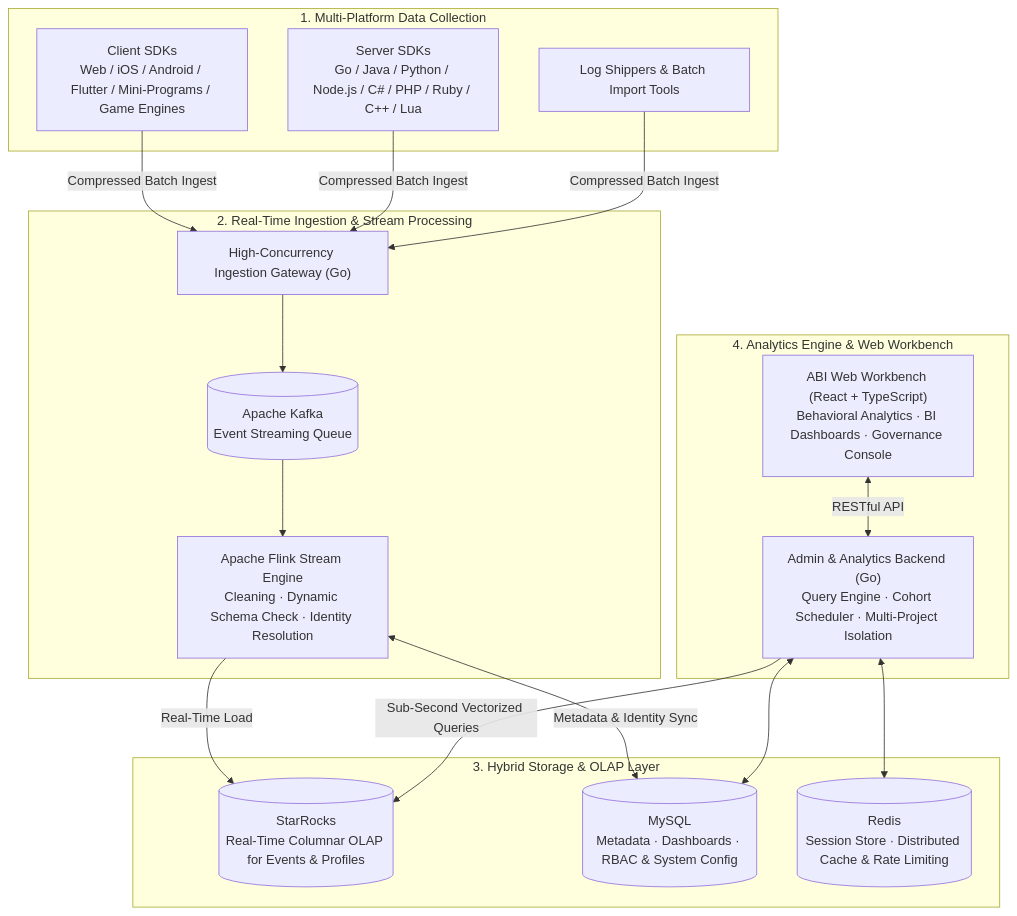
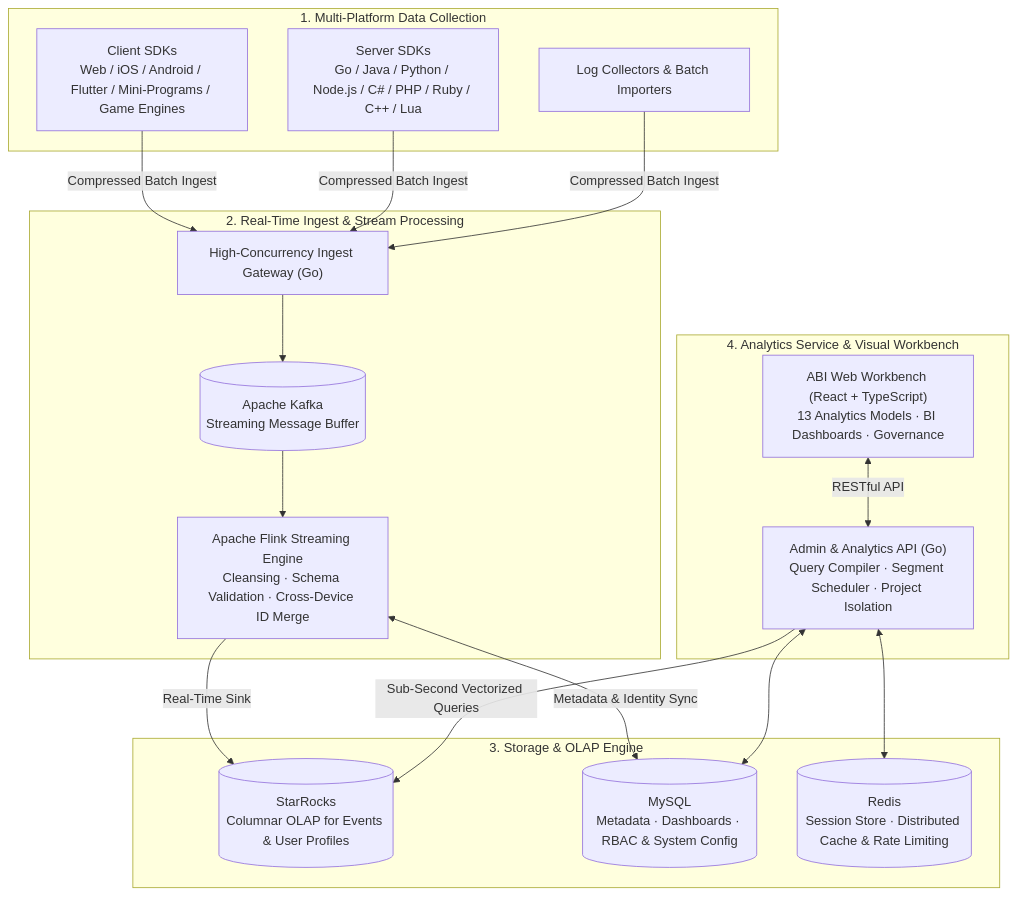
Before and after one commit to letmetodo/Analytics-Instrumentation-Event-Tracking: the diagram in README.en.md, drawn with Mermaid. The commit also changed other lines of this file and 39 other files, not shown here.

````diff
--- a/README.en.md
+++ b/README.en.md
@@ -172,45 +233,45 @@
 ```mermaid
 flowchart TB
     subgraph Collect["1. Multi-Platform Data Collection"]
         Client["Client SDKs
 Web / iOS / Android / Flutter / Mini-Programs / Game Engines"]
         Server["Server SDKs
 Go / Java / Python / Node.js / C# / PHP / Ruby / C++ / Lua"]
-        Import["Log Shippers & Batch Import Tools"]
+        Import["Log Collectors & Batch Importers"]
     end
 
-    subgraph Pipeline["2. Real-Time Ingestion & Stream Processing"]
-        Gateway["High-Concurrency Ingestion Gateway (Go)"]
+    subgraph Pipeline["2. Real-Time Ingest & Stream Processing"]
+        Gateway["High-Concurrency Ingest Gateway (Go)"]
         MQ[("Apache Kafka
-Event Streaming Queue")]
-        Stream["Apache Flink Stream Engine
-Cleaning · Dynamic Schema Check · Identity Resolution"]
+Streaming Message Buffer")]
+        Stream["Apache Flink Streaming Engine
+Cleansing · Schema Validation · Cross-Device ID Merge"]
     end
 
-    subgraph DataStore["3. Hybrid Storage & OLAP Layer"]
+    subgraph DataStore["3. Storage & OLAP Engine"]
         OLAP[("StarRocks
-Real-Time Columnar OLAP for Events & Profiles")]
+Columnar OLAP for Events & User Profiles")]
         RDBMS[("MySQL
 Metadata · Dashboards · RBAC & System Config")]
         Cache[("Redis
 Session Store · Distributed Cache & Rate Limiting")]
     end
 
-    subgraph Application["4. Analytics Engine & Web Workbench"]
-        API["Admin & Analytics Backend (Go)
-Query Engine · Cohort Scheduler · Multi-Project Isolation"]
+    subgraph Application["4. Analytics Service & Visual Workbench"]
+        API["Admin & Analytics API (Go)
+Query Compiler · Segment Scheduler · Project Isolation"]
         Web["ABI Web Workbench (React + TypeScript)
-Behavioral Analytics · BI Dashboards · Governance Console"]
+13 Analytics Models · BI Dashboards · Governance"]
     end
 
     Client & Server & Import -->|"Compressed Batch Ingest"| Gateway
     Gateway --> MQ
     MQ --> Stream
-    Stream -->|"Real-Time Load"| OLAP
+    Stream -->|"Real-Time Sink"| OLAP
     Stream <-->|"Metadata & Identity Sync"| RDBMS
 
     Web <-->|"RESTful API"| API
     API -->|"Sub-Second Vectorized Queries"| OLAP
     API <--> RDBMS
     API <--> Cache
 ```
````
